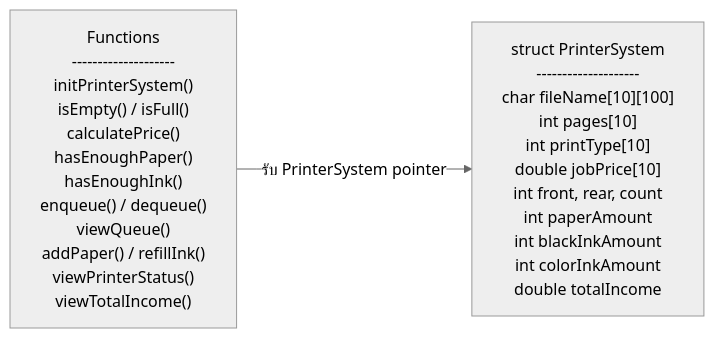
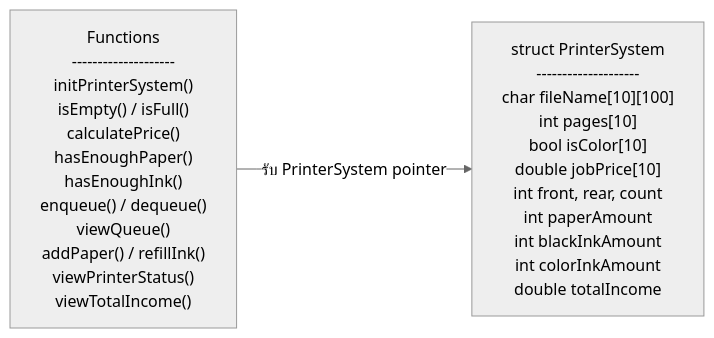
One commit to CrossLammy/DSA-project changed the first of 2 diagrams in printer-system-project-plan.md. Above: the diagram before and after it, drawn with Mermaid (neutral theme). The commit also changed other lines of this file, not shown here.

Commit message:
refactor: update print type handling to use boolean for color distinction

````diff
--- a/printer-system-project-plan.md
+++ b/printer-system-project-plan.md
@@ -210,8 +210,8 @@
 ```mermaid
 flowchart LR
-    S["struct PrinterSystem<br/>--------------------<br/>char fileName[10][100]<br/>int pages[10]<br/>int printType[10]<br/>double jobPrice[10]<br/>int front, rear, count<br/>int paperAmount<br/>int blackInkAmount<br/>int colorInkAmount<br/>double totalIncome"]
+    S["struct PrinterSystem<br/>--------------------<br/>char fileName[10][100]<br/>int pages[10]<br/>bool isColor[10]<br/>double jobPrice[10]<br/>int front, rear, count<br/>int paperAmount<br/>int blackInkAmount<br/>int colorInkAmount<br/>double totalIncome"]
 
     F["Functions<br/>--------------------<br/>initPrinterSystem()<br/>isEmpty() / isFull()<br/>calculatePrice()<br/>hasEnoughPaper()<br/>hasEnoughInk()<br/>enqueue() / dequeue()<br/>viewQueue()<br/>addPaper() / refillInk()<br/>viewPrinterStatus()<br/>viewTotalIncome()"]
 
     F -->|รับ PrinterSystem pointer| S
 ```
````
